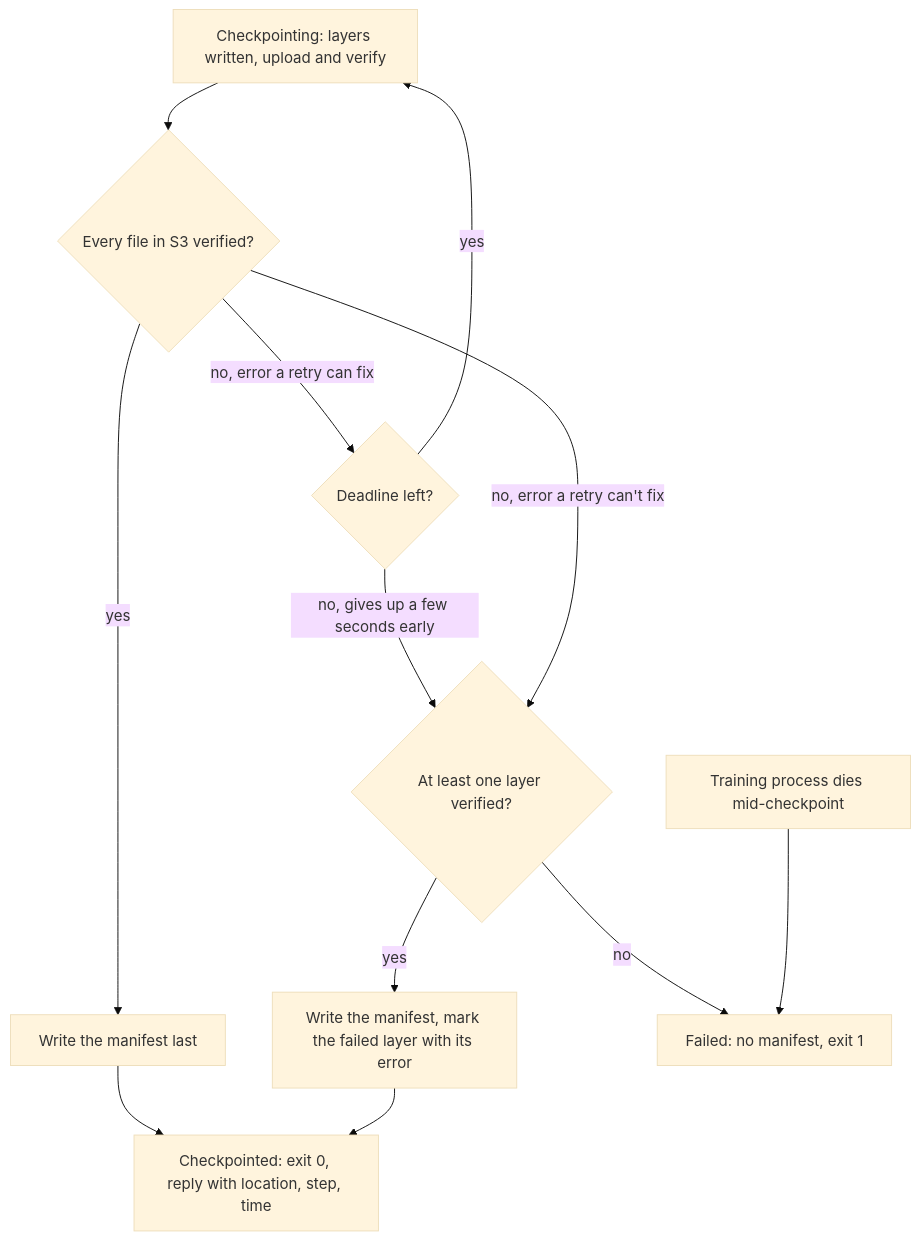
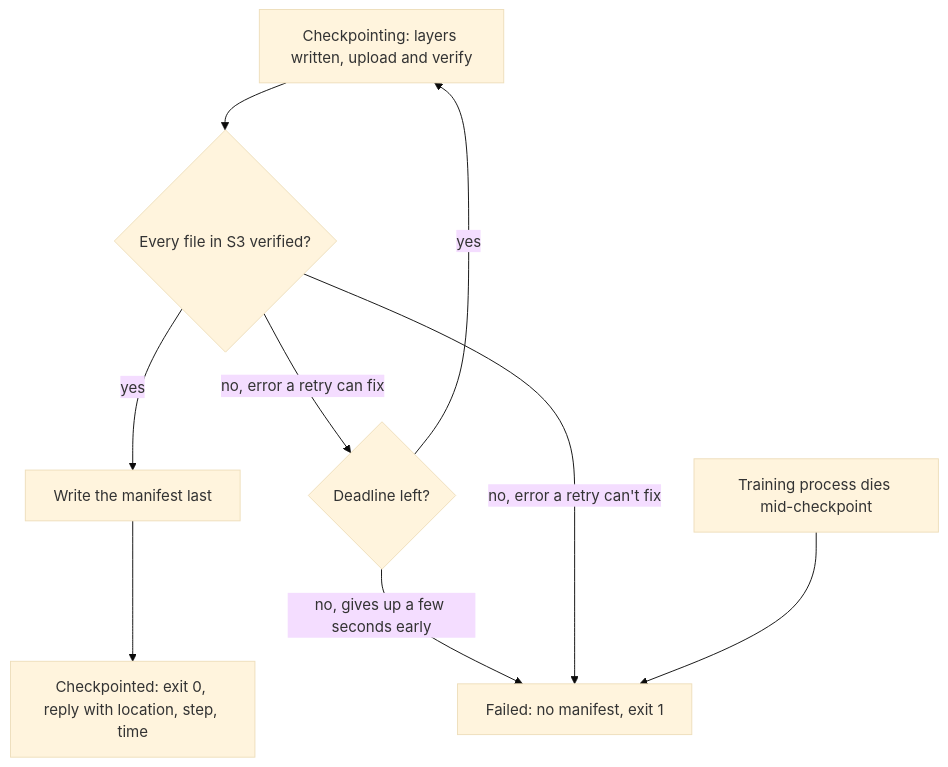
The third of 3 diagrams in docs/design/system-design.md (krishmula/hibernus), drawn with Mermaid (base theme) before and after one commit. The commit also changed other lines of this file, not shown here.

Commit message:
Make the failure path diagram match the upload code
An upload error that can't be retried, or a deadline that runs out, fails
the whole checkpoint. Only a layer that fails on the host is recorded as
failed in the manifest.

````diff
--- a/docs/design/system-design.md
+++ b/docs/design/system-design.md
@@ -224,14 +224,11 @@
 ```mermaid
 flowchart TD
     S["Checkpointing: layers written, upload and verify"] --> U{"Every file in S3 verified?"}
     U -->|yes| M["Write the manifest last"]
     M --> OK["Checkpointed: exit 0, reply with location, step, time"]
     U -->|"no, error a retry can fix"| R{"Deadline left?"}
     R -->|yes| S
-    R -->|"no, gives up a few seconds early"| L{"At least one layer verified?"}
-    U -->|"no, error a retry can't fix"| L
-    L -->|yes| P["Write the manifest, mark the failed layer with its error"]
-    P --> OK
-    L -->|no| F["Failed: no manifest, exit 1"]
+    R -->|"no, gives up a few seconds early"| F["Failed: no manifest, exit 1"]
+    U -->|"no, error a retry can't fix"| F
     T["Training process dies mid-checkpoint"] --> F
 ```
````
